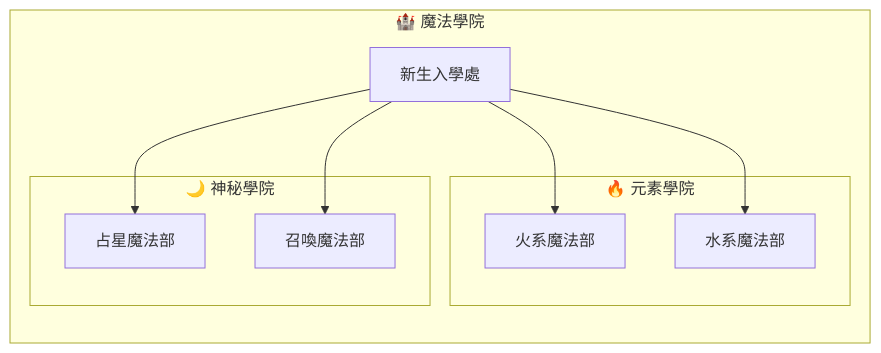
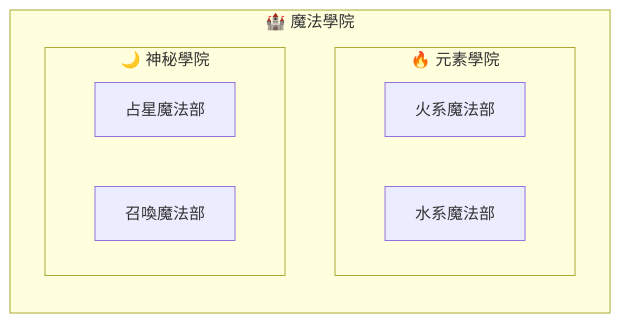
Before and after one commit to kuku0508/kuku_note_ver_2: the first of 2 diagrams in 知識/程式語言/Mermaid/語法/流程圖/子流程區域中的子流程區域.md, drawn with Mermaid. The commit also changed other lines of this file and 1 other file, not shown here.

````diff
--- a/知識/程式語言/Mermaid/語法/流程圖/子流程區域中的子流程區域.md
+++ b/知識/程式語言/Mermaid/語法/流程圖/子流程區域中的子流程區域.md
@@ -2,23 +2,16 @@
-```mermaid
+```Mermaid
 flowchart LR
 
 subgraph 魔法學院 [🏰 魔法學院]
-    入學處["新生入學處"]
 
     subgraph 元素學院 [🔥 元素學院]
         火系系部["火系魔法部"]
         水系系部["水系魔法部"]
     end
 
     subgraph 神秘學院 [🌙 神秘學院]
         占星系部["占星魔法部"]
         召喚系部["召喚魔法部"]
     end
-
-    入學處 --> 火系系部
-    入學處 --> 水系系部
-    入學處 --> 占星系部
-    入學處 --> 召喚系部
 end
-
 ```
````
